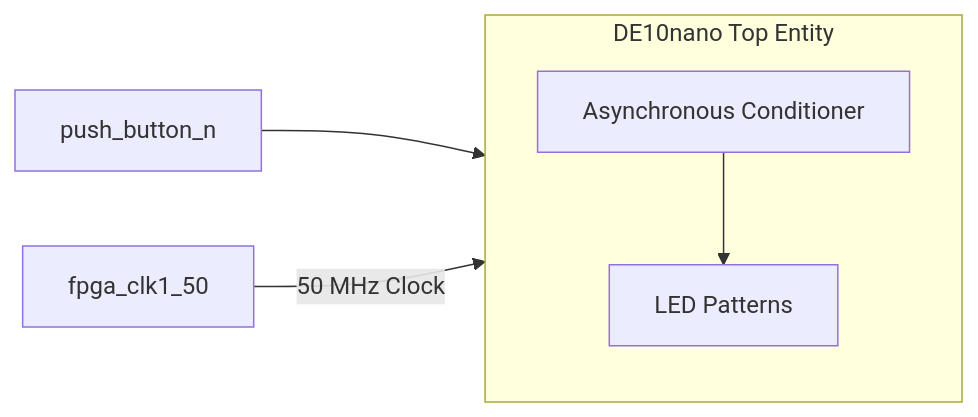
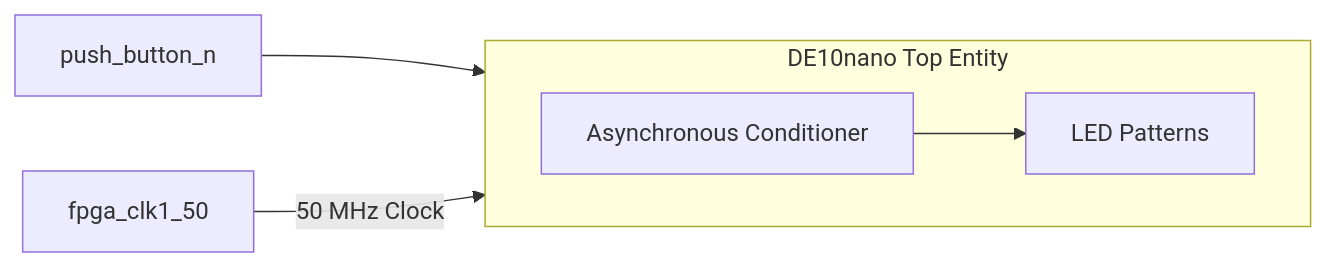
The diagram in docs/lab4.md (msu-eele-fpga/labs-and-homework-jordyhex), drawn with Mermaid before and after one commit.

Commit message:
MD preview

````diff
--- a/docs/lab4.md
+++ b/docs/lab4.md
@@ -26,9 +26,9 @@
 ```mermaid
     flowchart LR
         subgraph top[DE10nano Top Entity];
-            direction TB
+            direction LR
             async[Asynchronous Conditioner]-->led[LED Patterns];
         end
         A[fpga_clk1_50]-->|50 MHz Clock| top;
         B[push_button_n]-->async[Asynchronous Conditioner];
 ```
````
